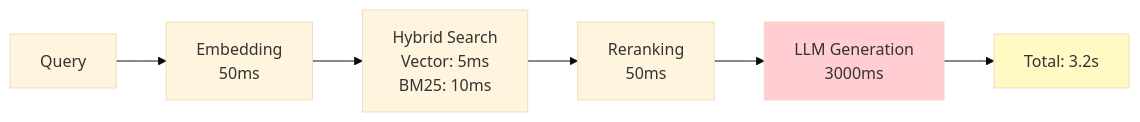
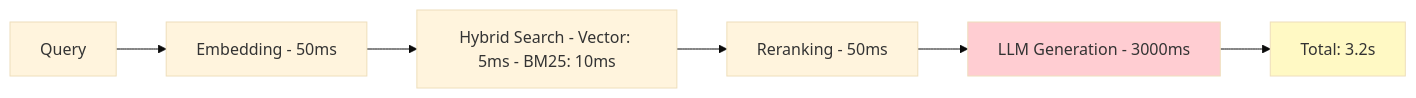
One commit to indhra/llm_rag_sec_findings changed the third of 5 diagrams in docs/learning/09-production.md. Above: the diagram before and after it, drawn with Mermaid (base theme). The commit also changed other lines of this file and 9 other files, not shown here.

````diff
--- a/docs/learning/09-production.md
+++ b/docs/learning/09-production.md
@@ -85,11 +85,11 @@
 ```mermaid
 graph LR
-    Q[Query] --> E[Embedding<br/>50ms]
-    E --> H[Hybrid Search<br/>Vector: 5ms<br/>BM25: 10ms]
-    H --> R[Reranking<br/>50ms]
-    R --> L[LLM Generation<br/>3000ms]
+    Q[Query] --> E[Embedding - 50ms]
+    E --> H[Hybrid Search - Vector: 5ms - BM25: 10ms]
+    H --> R[Reranking - 50ms]
+    R --> L[LLM Generation - 3000ms]
     L --> T[Total: 3.2s]
     
     style L fill:#ffcdd2
     style T fill:#fff9c4
 ```
````
